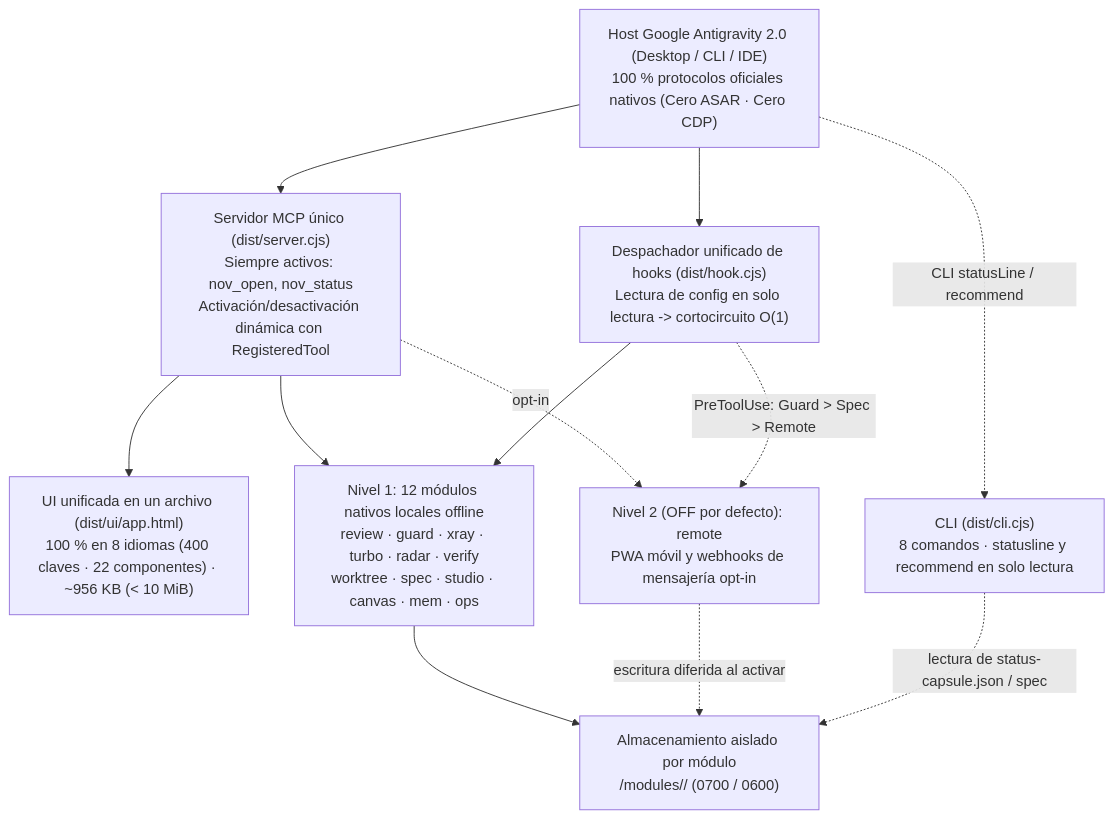
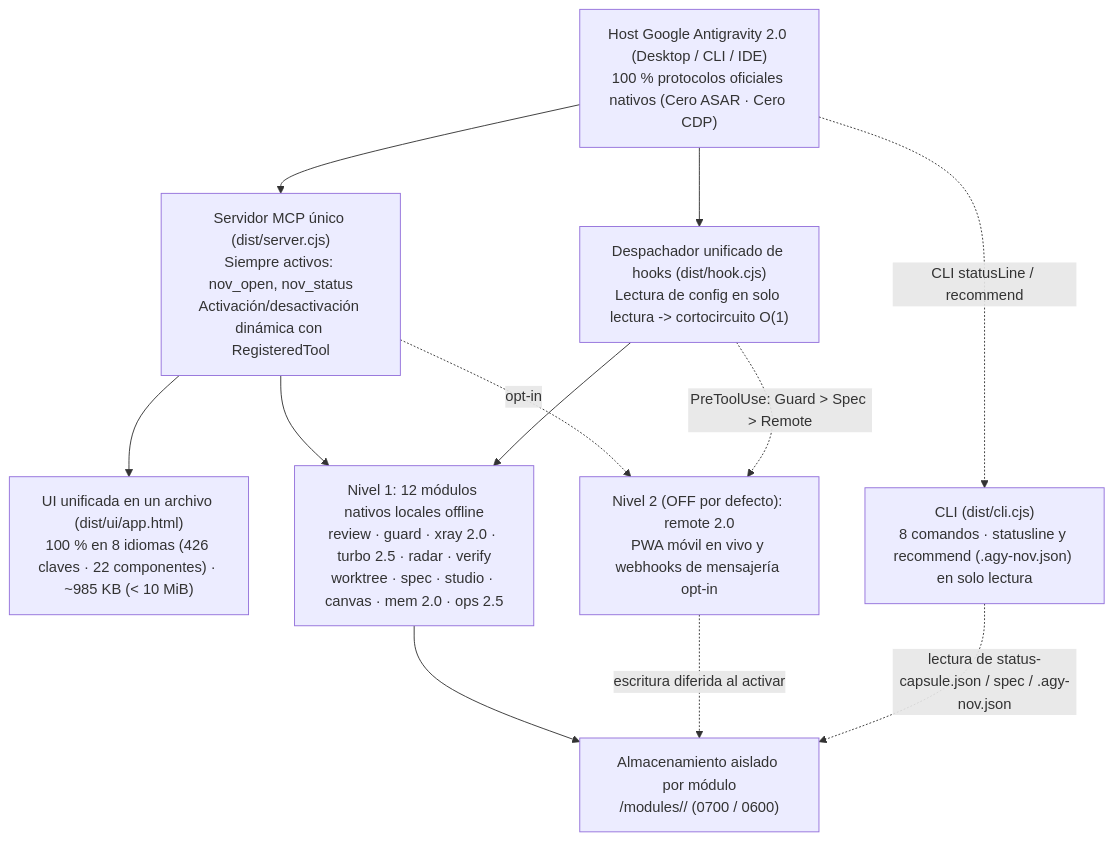
One commit to tone-leh/agy-NOV changed the diagram in docs/i18n/README.es.md. Above: the diagram before and after it, drawn with Mermaid. The commit also changed other lines of this file and 59 other files, not shown here.

Commit message:
feat(v0.6.0): Mem 2.0 progressive disclosure & <private>, Turbo 2.5 gain & 8.8KB guardrail, Remote 2.0 read-only stream, .agy-nov.json team preset & Ops 2.5

````diff
--- a/docs/i18n/README.es.md
+++ b/docs/i18n/README.es.md
@@ -223,23 +226,23 @@
 ```mermaid
 flowchart TB
   Host["Host Google Antigravity 2.0 (Desktop / CLI / IDE)\n100 % protocolos oficiales nativos (Cero ASAR · Cero CDP)"]
   MCP["Servidor MCP único (dist/server.cjs)\nSiempre activos: nov_open, nov_status\nActivación/desactivación dinámica con RegisteredTool"]
-  UI["UI unificada en un archivo (dist/ui/app.html)\n100 % en 8 idiomas (400 claves · 22 componentes) · ~956 KB (< 10 MiB)"]
+  UI["UI unificada en un archivo (dist/ui/app.html)\n100 % en 8 idiomas (426 claves · 22 componentes) · ~985 KB (< 10 MiB)"]
   Hook["Despachador unificado de hooks (dist/hook.cjs)\nLectura de config en solo lectura -> cortocircuito O(1)"]
-  CLI["CLI (dist/cli.cjs)\n8 comandos · statusline y recommend en solo lectura"]
+  CLI["CLI (dist/cli.cjs)\n8 comandos · statusline y recommend (.agy-nov.json) en solo lectura"]
   Store["Almacenamiento aislado por módulo\n<dataDir>/modules/<id>/ (0700 / 0600)"]
-  T1["Nivel 1: 12 módulos nativos locales offline\nreview · guard · xray · turbo · radar · verify\nworktree · spec · studio · canvas · mem · ops"]
-  T2R["Nivel 2 (OFF por defecto): remote\nPWA móvil y webhooks de mensajería opt-in"]
+  T1["Nivel 1: 12 módulos nativos locales offline\nreview · guard · xray 2.0 · turbo 2.5 · radar · verify\nworktree · spec · studio · canvas · mem 2.0 · ops 2.5"]
+  T2R["Nivel 2 (OFF por defecto): remote 2.0\nPWA móvil en vivo y webhooks de mensajería opt-in"]
 
   Host --> MCP
   Host --> Hook
   Host -. "CLI statusLine / recommend" .-> CLI
   MCP --> UI
   MCP --> T1
   MCP -. "opt-in" .-> T2R
   Hook --> T1
   Hook -. "PreToolUse: Guard > Spec > Remote" .-> T2R
   T1 --> Store
   T2R -. "escritura diferida al activar" .-> Store
-  CLI -. "lectura de status-capsule.json / spec" .-> Store
+  CLI -. "lectura de status-capsule.json / spec / .agy-nov.json" .-> Store
 ```
````
